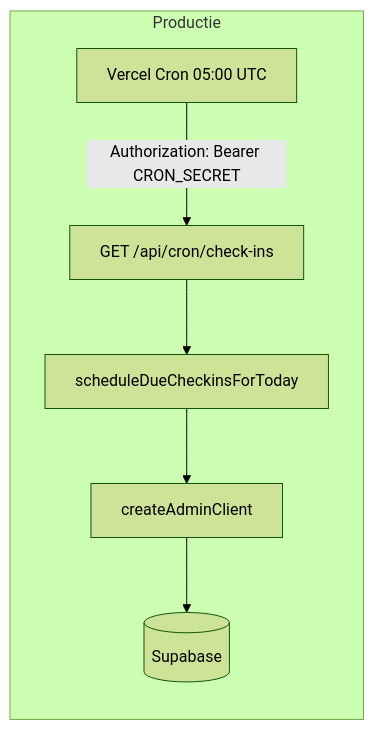
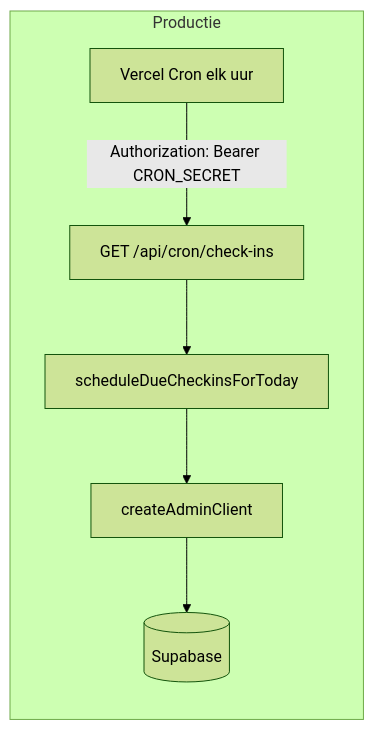
One commit to tessavermeulen07/lumina changed the diagram in .cursor/plans/productie-cron-scheduler.md. Above: the diagram before and after it, drawn with Mermaid (forest theme). The commit also changed other lines of this file and 18 other files, not shown here.

````diff
--- a/.cursor/plans/productie-cron-scheduler.md
+++ b/.cursor/plans/productie-cron-scheduler.md
@@ -26,14 +26,14 @@
 ```mermaid
 flowchart LR
   subgraph prod [Productie]
-    VercelCron[Vercel Cron 05:00 UTC]
+    VercelCron["Vercel Cron elk uur"]
     CronRoute["GET /api/cron/check-ins"]
     Scheduler[scheduleDueCheckinsForToday]
     AdminClient[createAdminClient]
     DB[(Supabase)]
   end
   VercelCron -->|"Authorization: Bearer CRON_SECRET"| CronRoute
   CronRoute --> Scheduler
   Scheduler --> AdminClient
   AdminClient --> DB
 ```
````
